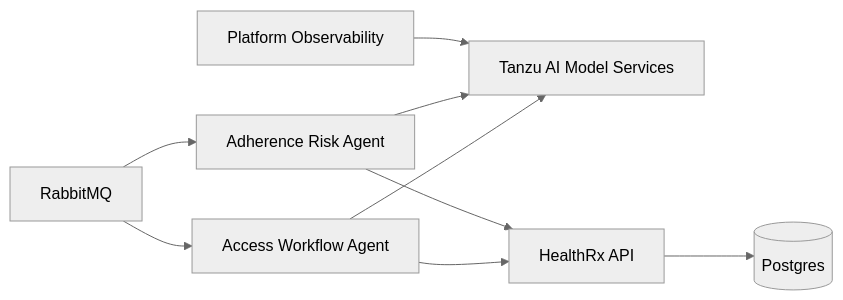
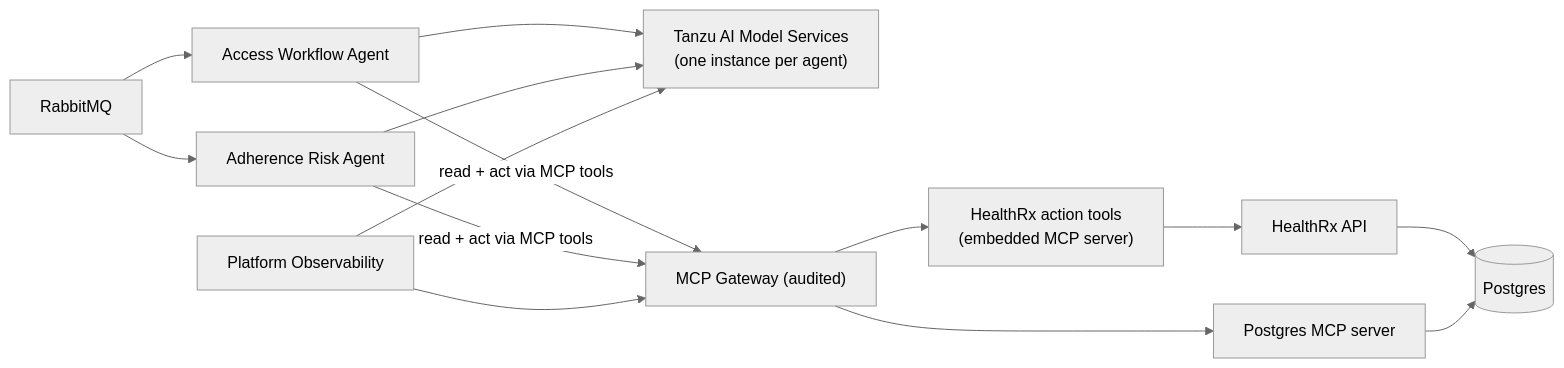
Before and after one commit to trevorputbrese/healthrx: the third of 3 diagrams in architecture.md, drawn with Mermaid (neutral theme). The commit also changed other lines of this file and 70 other files, not shown here.

First line of the commit message:
HealthRx Phase 3a: Adherence Risk Agent, MCP gateway, Agents view

````diff
--- a/architecture.md
+++ b/architecture.md
@@ -41,11 +42,16 @@
 ```mermaid
 flowchart LR
     Rabbit["RabbitMQ"] --> AgentA["Access Workflow Agent"]
     Rabbit --> AgentB["Adherence Risk Agent"]
-    AgentA --> Models["Tanzu AI Model Services"]
+    AgentA --> Models["Tanzu AI Model Services\n(one instance per agent)"]
     AgentB --> Models
-    AgentA --> API["HealthRx API"]
-    AgentB --> API
+    AgentA -- "read + act via MCP tools" --> GW["MCP Gateway (audited)"]
+    AgentB -- "read + act via MCP tools" --> GW
+    GW --> PGMCP["Postgres MCP server"]
+    GW --> HRXMCP["HealthRx action tools\n(embedded MCP server)"]
+    HRXMCP --> API["HealthRx API"]
     API --> DB[("Postgres")]
+    PGMCP --> DB
     Platform["Platform Observability"] --> Models
+    Platform --> GW
 ```
````
